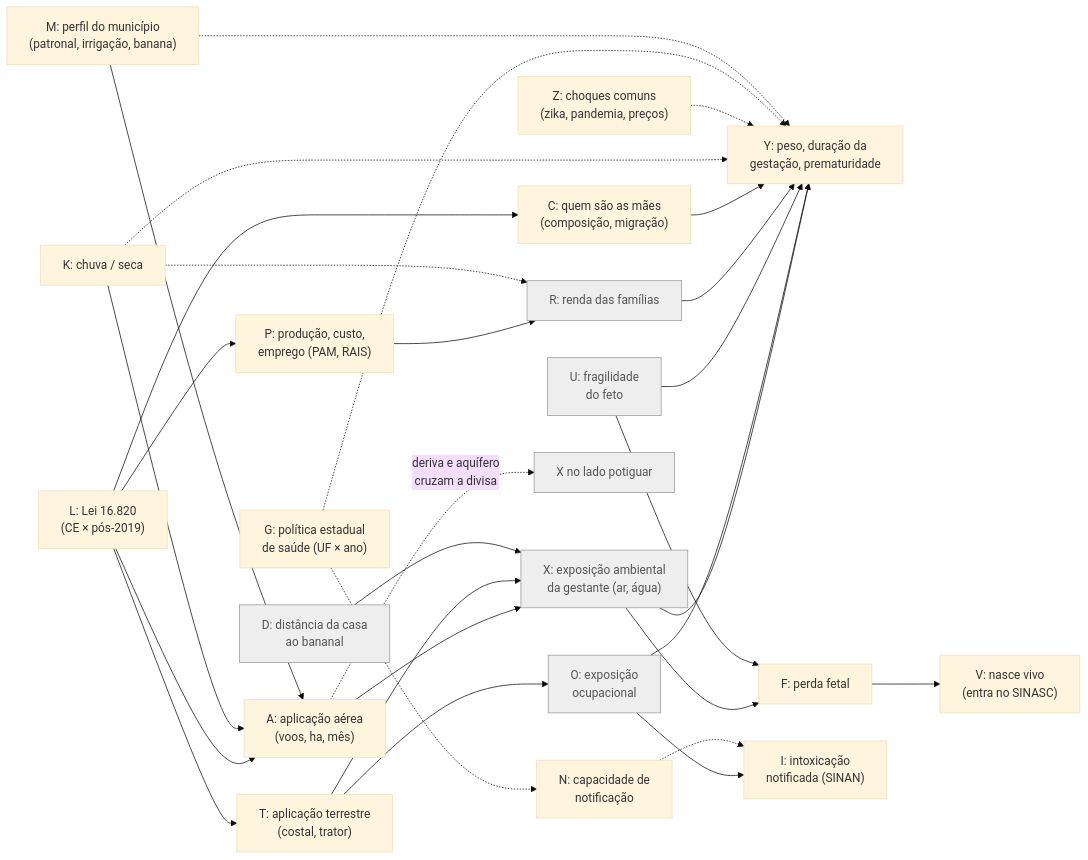
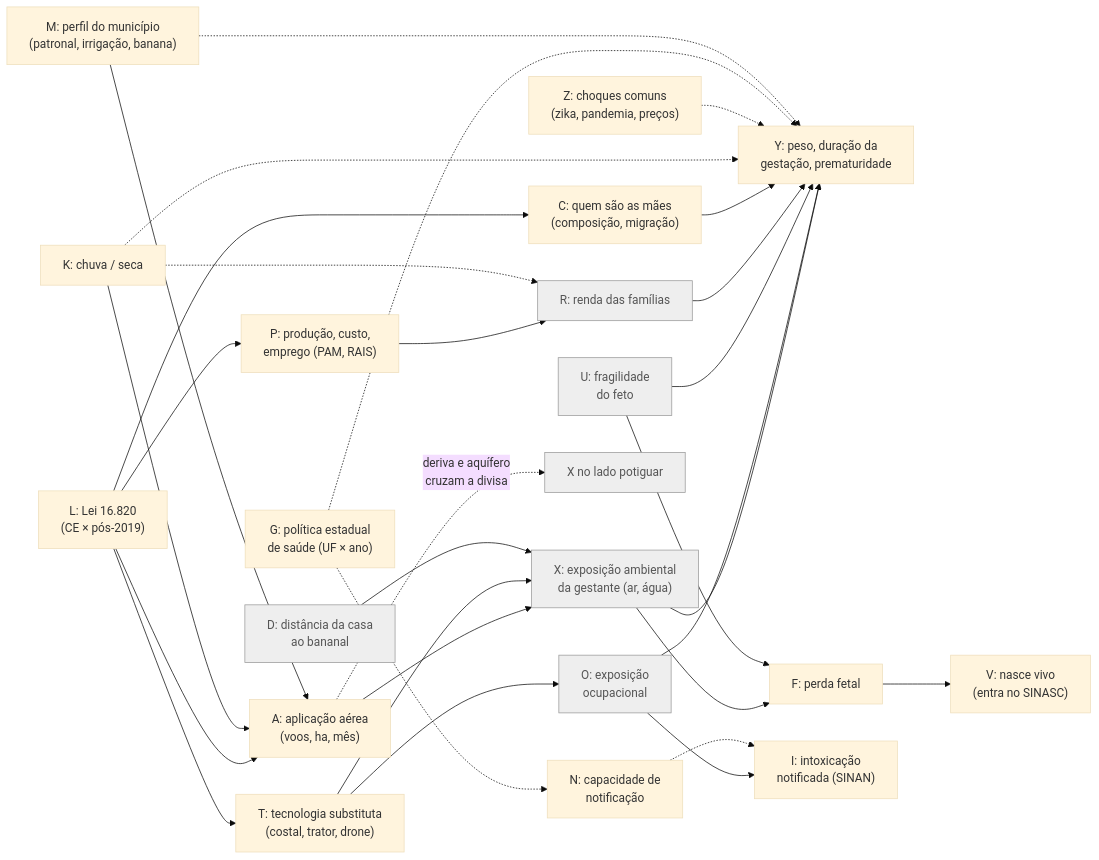
Before and after one commit to fcarva/projeto-pesquisa: the diagram in docs/dag-identificacao.md, drawn with Mermaid (base theme). The commit also changed other lines of this file and 2 other files, not shown here.

Commit message:
Pré-especificação v2 em rascunho: especificação principal, previsão de forma e substituição de tecnologia
Registra o que o pesquisador fixou: Callaway & Sant'Anna com uma coorte (2019),
potiguares da Chapada como nunca tratados, duplamente robusto e ponderado por
nascimentos; o efeito deve crescer ao longo de 2019; e a substituição se mede
como troca de tecnologia de aplicação, do avião para a terrestre e o drone.

O arquivo declara o que já foi visto antes de escrever, lista dez itens a
fechar antes da assinatura e não altera a pré-especificação antiga, que segue
sendo o que o make real confere.

Claude-Session: https://claude.ai/code/session_019twhNq1oXMRG2QpcfHewVV

````diff
--- a/docs/dag-identificacao.md
+++ b/docs/dag-identificacao.md
@@ -80,54 +80,54 @@
 ```mermaid
 flowchart LR
     L["L: Lei 16.820<br/>(CE × pós-2019)"]
     A["A: aplicação aérea<br/>(voos, ha, mês)"]
-    T["T: aplicação terrestre<br/>(costal, trator)"]
+    T["T: tecnologia substituta<br/>(costal, trator, drone)"]
     X["X: exposição ambiental<br/>da gestante (ar, água)"]:::latente
     O["O: exposição<br/>ocupacional"]:::latente
     Y["Y: peso, duração da<br/>gestação, prematuridade"]
     F["F: perda fetal"]
     V["V: nasce vivo<br/>(entra no SINASC)"]
     I["I: intoxicação<br/>notificada (SINAN)"]
     P["P: produção, custo,<br/>emprego (PAM, RAIS)"]
     R["R: renda das famílias"]:::latente
     C["C: quem são as mães<br/>(composição, migração)"]
     K["K: chuva / seca"]
     Z["Z: choques comuns<br/>(zika, pandemia, preços)"]
     G["G: política estadual<br/>de saúde (UF × ano)"]
     M["M: perfil do município<br/>(patronal, irrigação, banana)"]
     D["D: distância da casa<br/>ao bananal"]:::latente
     U["U: fragilidade<br/>do feto"]:::latente
     N["N: capacidade de<br/>notificação"]
 
     L --> A
     L --> T
     A --> X
     T --> X
     T --> O
     X --> Y
     X --> F
     O --> I
     O --> Y
     F --> V
     U --> F
     U --> Y
     L --> P
     P --> R
     R --> Y
     L --> C
     C --> Y
 
     K --> A
     M --> A
     D --> X
     K -.-> R
     K -.-> Y
     Z -.-> Y
     G -.-> Y
     G -.-> N
     N -.-> I
     M -.-> Y
     A -. "deriva e aquífero<br/>cruzam a divisa" .-> XRN["X no lado potiguar"]:::latente
 
     classDef latente fill:#eee,stroke:#999,color:#555
 ```
````
